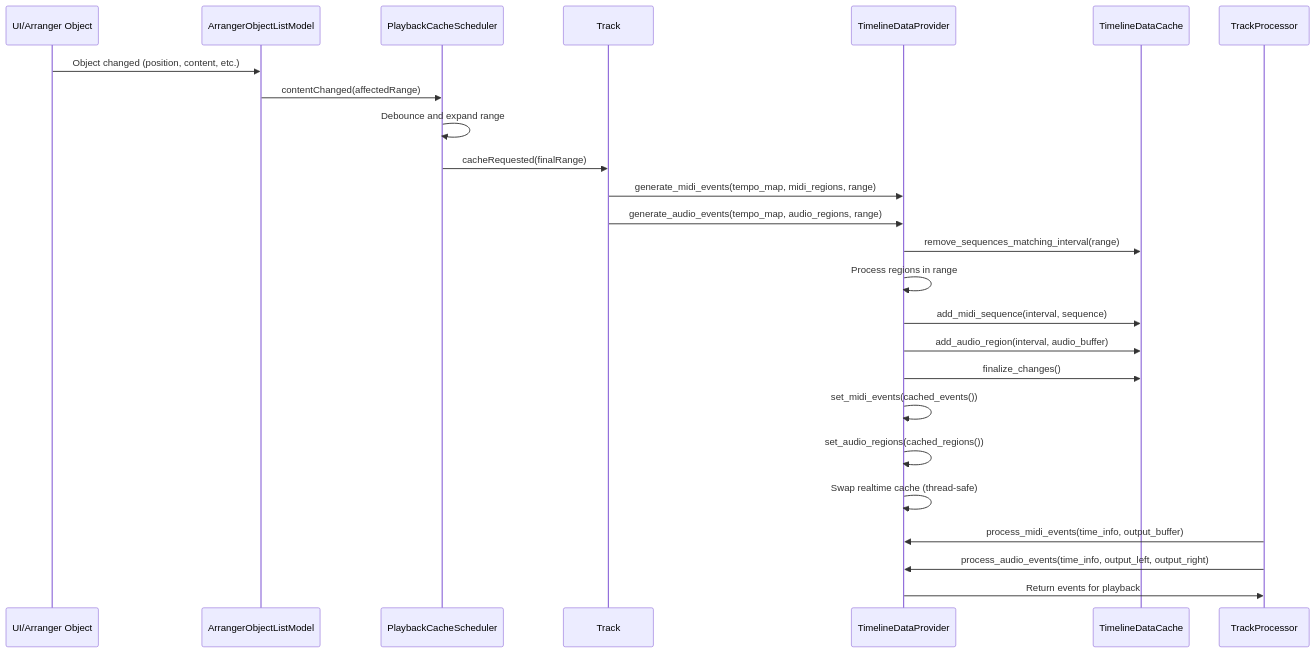
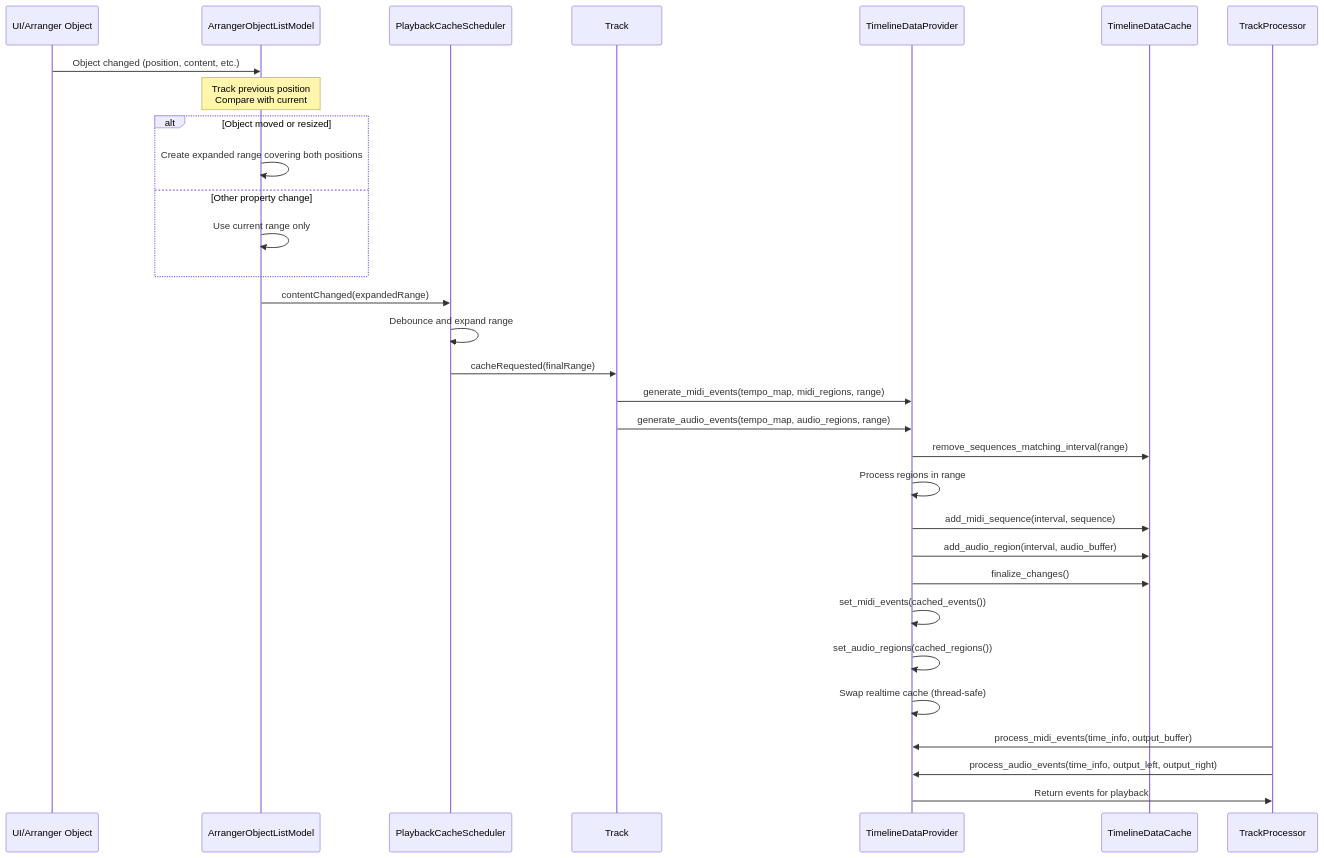
Before and after one commit to zrythm/zrythm: the fourth of 4 diagrams in doc/dev/playback_cache_architecture.md, drawn with Mermaid. The commit also changed other lines of this file and 4 other files, not shown here.

First line of the commit message:
fix: Invalidate cache at previous positions when objects are moved

````diff
--- a/doc/dev/playback_cache_architecture.md
+++ b/doc/dev/playback_cache_architecture.md
@@ -139,28 +139,34 @@
 ```mermaid
 sequenceDiagram
     participant UI as UI/Arranger Object
     participant AOLM as ArrangerObjectListModel
     participant Scheduler as PlaybackCacheScheduler
     participant Track as Track
     participant Provider as TimelineDataProvider
     participant Cache as TimelineDataCache
     participant Processor as TrackProcessor
 
     UI->>AOLM: Object changed (position, content, etc.)
-    AOLM->>Scheduler: contentChanged(affectedRange)
+    Note over AOLM: Track previous position<br/>Compare with current
+    alt Object moved or resized
+        AOLM->>AOLM: Create expanded range covering both positions
+    else Other property change
+        AOLM->>AOLM: Use current range only
+    end
+    AOLM->>Scheduler: contentChanged(expandedRange)
     Scheduler->>Scheduler: Debounce and expand range
     Scheduler->>Track: cacheRequested(finalRange)
     Track->>Provider: generate_midi_events(tempo_map, midi_regions, range)
     Track->>Provider: generate_audio_events(tempo_map, audio_regions, range)
     Provider->>Cache: remove_sequences_matching_interval(range)
     Provider->>Provider: Process regions in range
     Provider->>Cache: add_midi_sequence(interval, sequence)
     Provider->>Cache: add_audio_region(interval, audio_buffer)
     Provider->>Cache: finalize_changes()
     Provider->>Provider: set_midi_events(cached_events())
     Provider->>Provider: set_audio_regions(cached_regions())
     Provider->>Provider: Swap realtime cache (thread-safe)
     Processor->>Provider: process_midi_events(time_info, output_buffer)
     Processor->>Provider: process_audio_events(time_info, output_left, output_right)
     Provider->>Processor: Return events for playback
 ```
````
